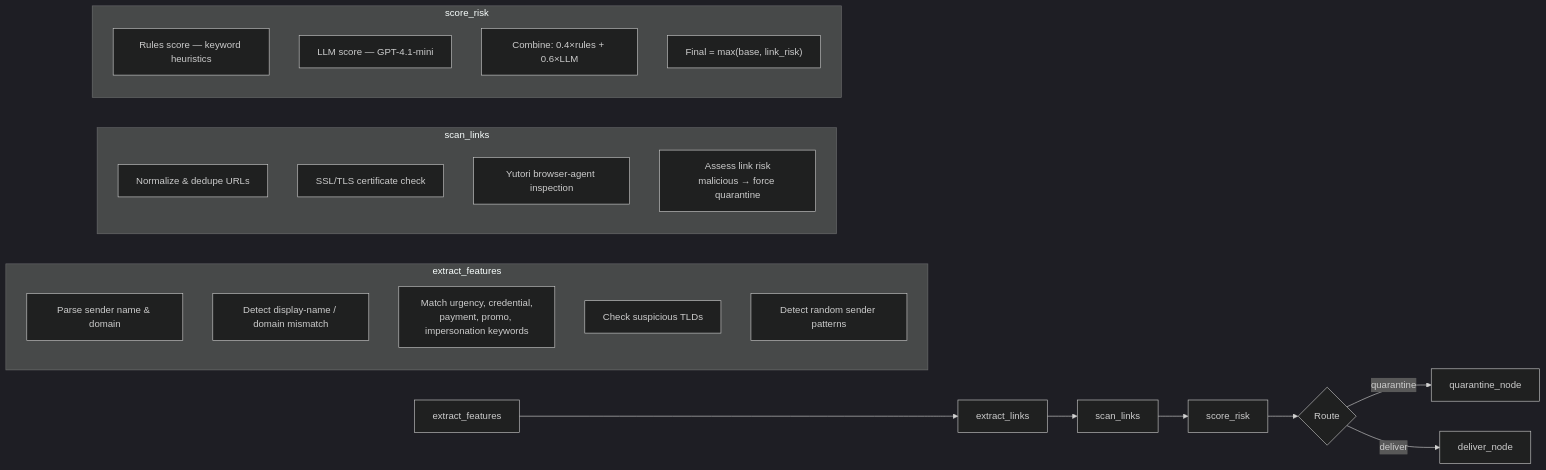
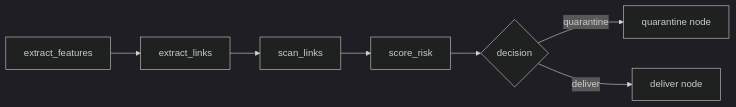
Before and after one commit to pramodthe/anti-scam.ai: the second of 4 diagrams in README.md, drawn with Mermaid (dark theme). The commit also changed other lines of this file, not shown here.

Commit message:
docs: expand README with full architecture and setup details

````diff
--- a/README.md
+++ b/README.md
@@ -113,31 +43,9 @@
 ```mermaid
 flowchart LR
-    A[extract_features] --> B[extract_links] --> C[scan_links] --> D[score_risk] --> E{Route}
-    E -->|quarantine| F[quarantine_node]
-    E -->|deliver| G[deliver_node]
-
-    subgraph extract_features
-        direction TB
-        EF1[Parse sender name & domain]
-        EF2[Detect display-name / domain mismatch]
-        EF3[Match urgency, credential,<br/>payment, promo, impersonation keywords]
-        EF4[Check suspicious TLDs]
-        EF5[Detect random sender patterns]
-    end
-
-    subgraph scan_links
-        direction TB
-        SL1[Normalize & dedupe URLs]
-        SL2[SSL/TLS certificate check]
-        SL3[Yutori browser-agent inspection]
-        SL4[Assess link risk<br/>malicious → force quarantine]
-    end
-
-    subgraph score_risk
-        direction TB
-        SR1[Rules score — keyword heuristics]
-        SR2[LLM score — GPT-4.1-mini]
-        SR3["Combine: 0.4×rules + 0.6×LLM"]
-        SR4["Final = max(base, link_risk)"]
-    end
+    A[extract_features] --> B[extract_links]
+    B --> C[scan_links]
+    C --> D[score_risk]
+    D --> E{decision}
+    E -->|quarantine| F[quarantine node]
+    E -->|deliver| G[deliver node]
 ```
````
